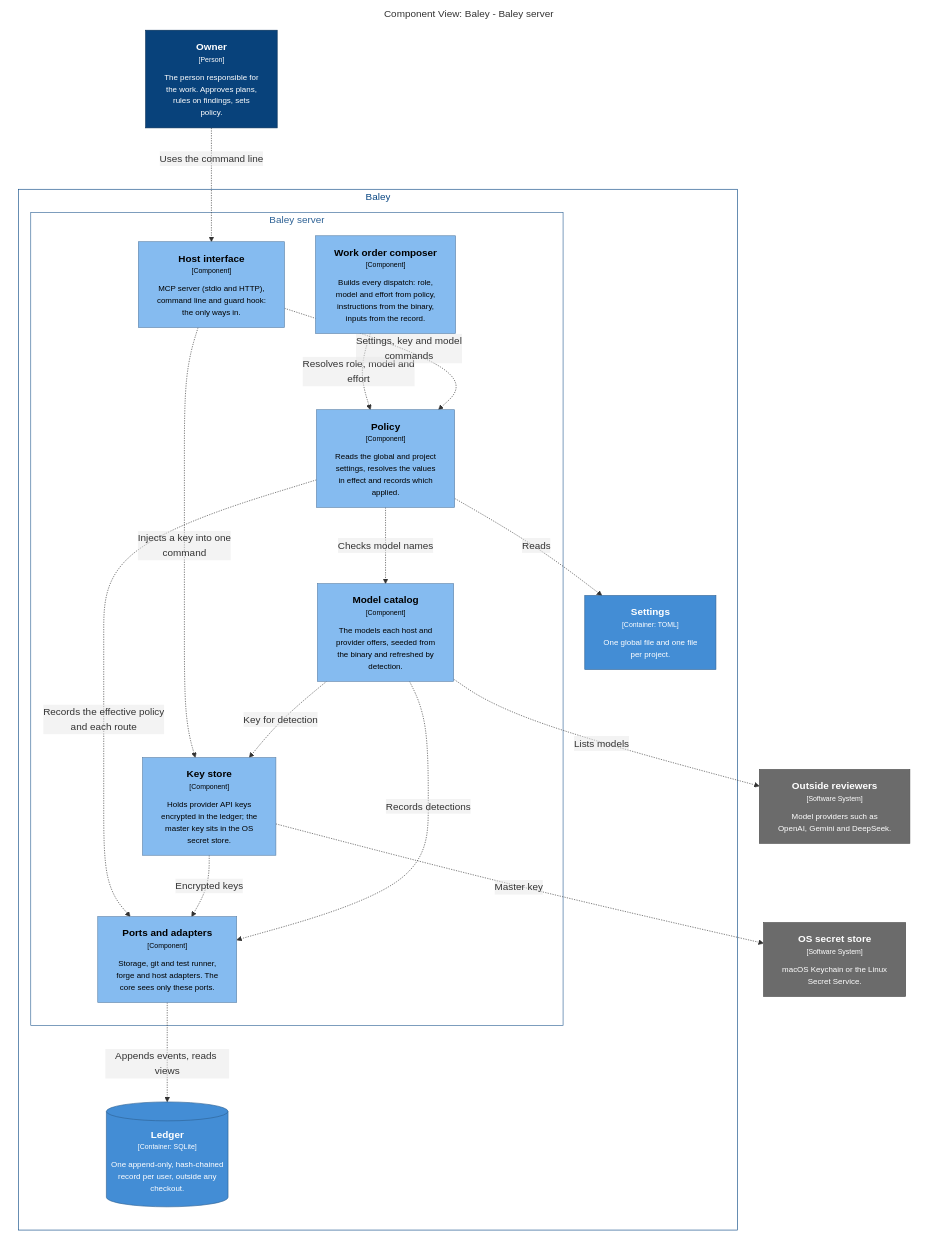
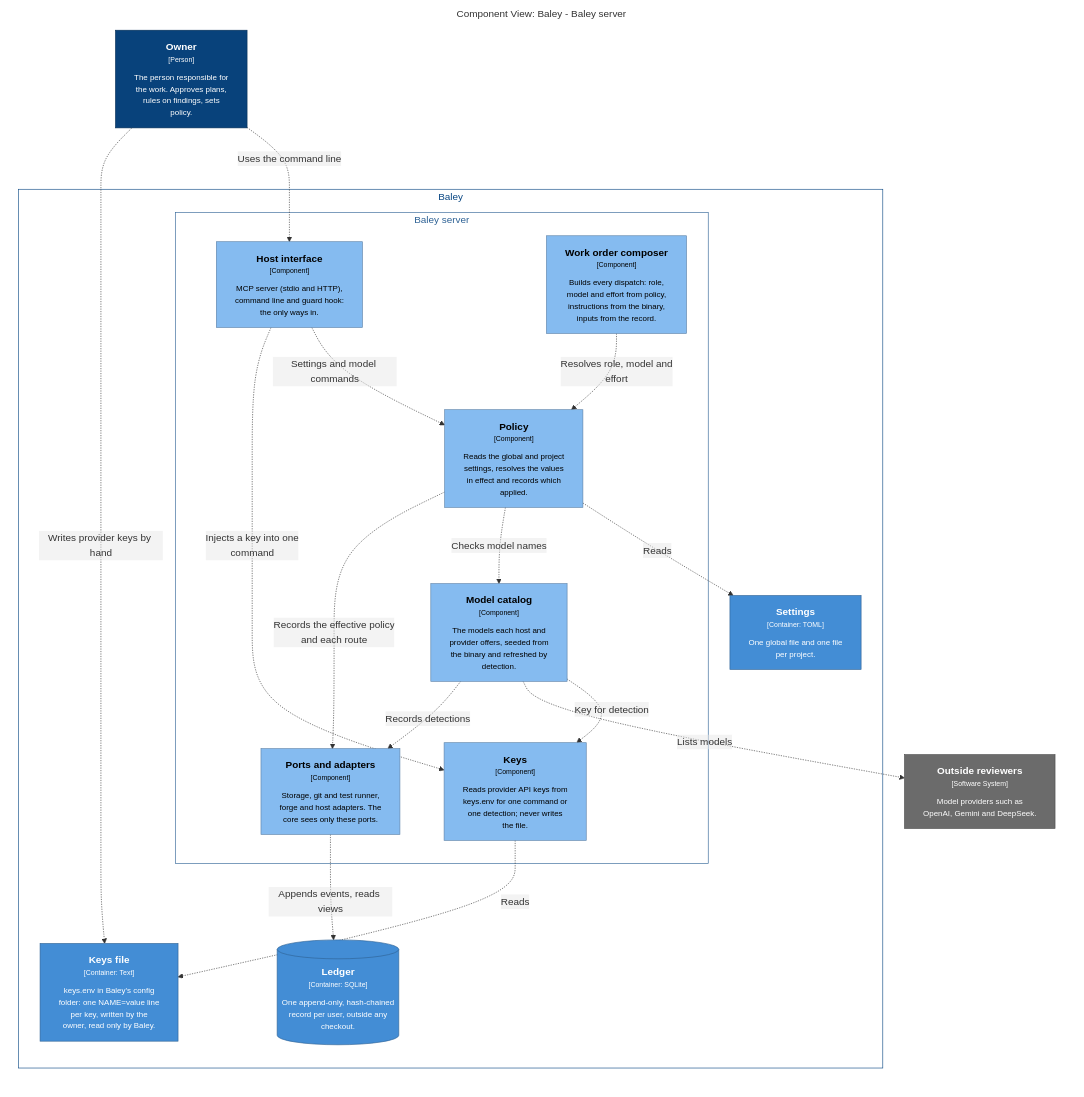
Before and after one commit to crenshawdev/baley: the first of 7 diagrams in docs/design/0003-configuration-and-routing.md, drawn with Mermaid. The commit also changed other lines of this file and 18 other files, not shown here.

First line of the commit message:
docs(adr): put settings and keys under a crenshawdev folder and read keys from a plain file

````diff
--- a/docs/design/0003-configuration-and-routing.md
+++ b/docs/design/0003-configuration-and-routing.md
@@ -28,57 +28,57 @@
 ```mermaid
 graph LR
   linkStyle default fill:none
 
   subgraph diagram ["Component View: Baley - Baley server"]
     style diagram fill:none,stroke:none
 
     1["<div style='font-weight: bold'>Owner</div><div style='font-size: 70%; margin-top: 0px'>[Person]</div><div style='font-size: 80%; margin-top:10px'>The person responsible for<br />the work. Approves plans,<br />rules on findings, sets<br />policy.</div>"]
     style 1 fill:#08427b,stroke:#052e56,color:#ffffff
 
-    17["<div style='font-weight: bold'>Outside reviewers</div><div style='font-size: 70%; margin-top: 0px'>[Software System]</div><div style='font-size: 80%; margin-top:10px'>Model providers such as<br />OpenAI, Gemini and DeepSeek.</div>"]
-    style 17 fill:#6b6b6b,stroke:#4d4d4d,color:#ffffff
-    18["<div style='font-weight: bold'>OS secret store</div><div style='font-size: 70%; margin-top: 0px'>[Software System]</div><div style='font-size: 80%; margin-top:10px'>macOS Keychain or the Linux<br />Secret Service.</div>"]
+    18["<div style='font-weight: bold'>Outside reviewers</div><div style='font-size: 70%; margin-top: 0px'>[Software System]</div><div style='font-size: 80%; margin-top:10px'>Model providers such as<br />OpenAI, Gemini and DeepSeek.</div>"]
     style 18 fill:#6b6b6b,stroke:#4d4d4d,color:#ffffff
 
     subgraph 2 ["Baley"]
       style 2 fill:none,stroke:#0b4884,color:#0b4884
 
       subgraph 3 ["Baley server"]
         style 3 fill:none,stroke:#2e6295,color:#2e6295
 
         10["<div style='font-weight: bold'>Model catalog</div><div style='font-size: 70%; margin-top: 0px'>[Component]</div><div style='font-size: 80%; margin-top:10px'>The models each host and<br />provider offers, seeded from<br />the binary and refreshed by<br />detection.</div>"]
         style 10 fill:#85bbf0,stroke:#5d82a8,color:#000000
         11["<div style='font-weight: bold'>Ports and adapters</div><div style='font-size: 70%; margin-top: 0px'>[Component]</div><div style='font-size: 80%; margin-top:10px'>Storage, git and test runner,<br />forge and host adapters. The<br />core sees only these ports.</div>"]
         style 11 fill:#85bbf0,stroke:#5d82a8,color:#000000
         4["<div style='font-weight: bold'>Host interface</div><div style='font-size: 70%; margin-top: 0px'>[Component]</div><div style='font-size: 80%; margin-top:10px'>MCP server (stdio and HTTP),<br />command line and guard hook:<br />the only ways in.</div>"]
         style 4 fill:#85bbf0,stroke:#5d82a8,color:#000000
         7["<div style='font-weight: bold'>Work order composer</div><div style='font-size: 70%; margin-top: 0px'>[Component]</div><div style='font-size: 80%; margin-top:10px'>Builds every dispatch: role,<br />model and effort from policy,<br />instructions from the binary,<br />inputs from the record.</div>"]
         style 7 fill:#85bbf0,stroke:#5d82a8,color:#000000
         8["<div style='font-weight: bold'>Policy</div><div style='font-size: 70%; margin-top: 0px'>[Component]</div><div style='font-size: 80%; margin-top:10px'>Reads the global and project<br />settings, resolves the values<br />in effect and records which<br />applied.</div>"]
         style 8 fill:#85bbf0,stroke:#5d82a8,color:#000000
-        9["<div style='font-weight: bold'>Key store</div><div style='font-size: 70%; margin-top: 0px'>[Component]</div><div style='font-size: 80%; margin-top:10px'>Holds provider API keys<br />encrypted in the ledger; the<br />master key sits in the OS<br />secret store.</div>"]
+        9["<div style='font-weight: bold'>Keys</div><div style='font-size: 70%; margin-top: 0px'>[Component]</div><div style='font-size: 80%; margin-top:10px'>Reads provider API keys from<br />keys.env for one command or<br />one detection; never writes<br />the file.</div>"]
         style 9 fill:#85bbf0,stroke:#5d82a8,color:#000000
       end
 
       12[("<div style='font-weight: bold'>Ledger</div><div style='font-size: 70%; margin-top: 0px'>[Container: SQLite]</div><div style='font-size: 80%; margin-top:10px'>One append-only, hash-chained<br />record per user, outside any<br />checkout.</div>")]
       style 12 fill:#438dd5,stroke:#2e6295,color:#ffffff
       13["<div style='font-weight: bold'>Settings</div><div style='font-size: 70%; margin-top: 0px'>[Container: TOML]</div><div style='font-size: 80%; margin-top:10px'>One global file and one file<br />per project.</div>"]
       style 13 fill:#438dd5,stroke:#2e6295,color:#ffffff
+      14["<div style='font-weight: bold'>Keys file</div><div style='font-size: 70%; margin-top: 0px'>[Container: Text]</div><div style='font-size: 80%; margin-top:10px'>keys.env in Baley's config<br />folder: one NAME=value line<br />per key, written by the<br />owner, read only by Baley.</div>"]
+      style 14 fill:#438dd5,stroke:#2e6295,color:#ffffff
     end
 
     1-. "<div>Uses the command line</div><div style='font-size: 70%'></div>" .->4
+    1-. "<div>Writes provider keys by hand</div><div style='font-size: 70%'></div>" .->14
     7-. "<div>Resolves role, model and<br />effort</div><div style='font-size: 70%'></div>" .->8
     8-. "<div>Reads</div><div style='font-size: 70%'></div>" .->13
     8-. "<div>Checks model names</div><div style='font-size: 70%'></div>" .->10
     8-. "<div>Records the effective policy<br />and each route</div><div style='font-size: 70%'></div>" .->11
-    4-. "<div>Settings, key and model<br />commands</div><div style='font-size: 70%'></div>" .->8
+    4-. "<div>Settings and model commands</div><div style='font-size: 70%'></div>" .->8
     4-. "<div>Injects a key into one<br />command</div><div style='font-size: 70%'></div>" .->9
-    9-. "<div>Master key</div><div style='font-size: 70%'></div>" .->18
-    9-. "<div>Encrypted keys</div><div style='font-size: 70%'></div>" .->11
+    9-. "<div>Reads</div><div style='font-size: 70%'></div>" .->14
     10-. "<div>Key for detection</div><div style='font-size: 70%'></div>" .->9
-    10-. "<div>Lists models</div><div style='font-size: 70%'></div>" .->17
+    10-. "<div>Lists models</div><div style='font-size: 70%'></div>" .->18
     10-. "<div>Records detections</div><div style='font-size: 70%'></div>" .->11
     11-. "<div>Appends events, reads views</div><div style='font-size: 70%'></div>" .->12
 
   end
 ```
````
